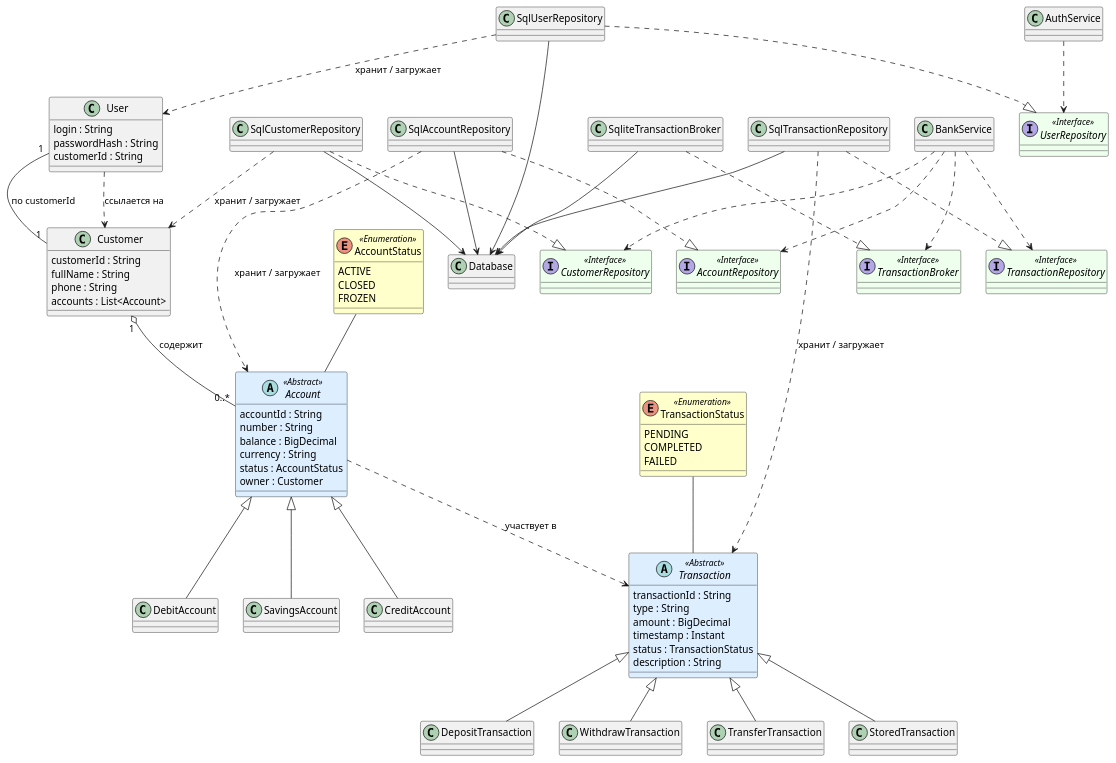
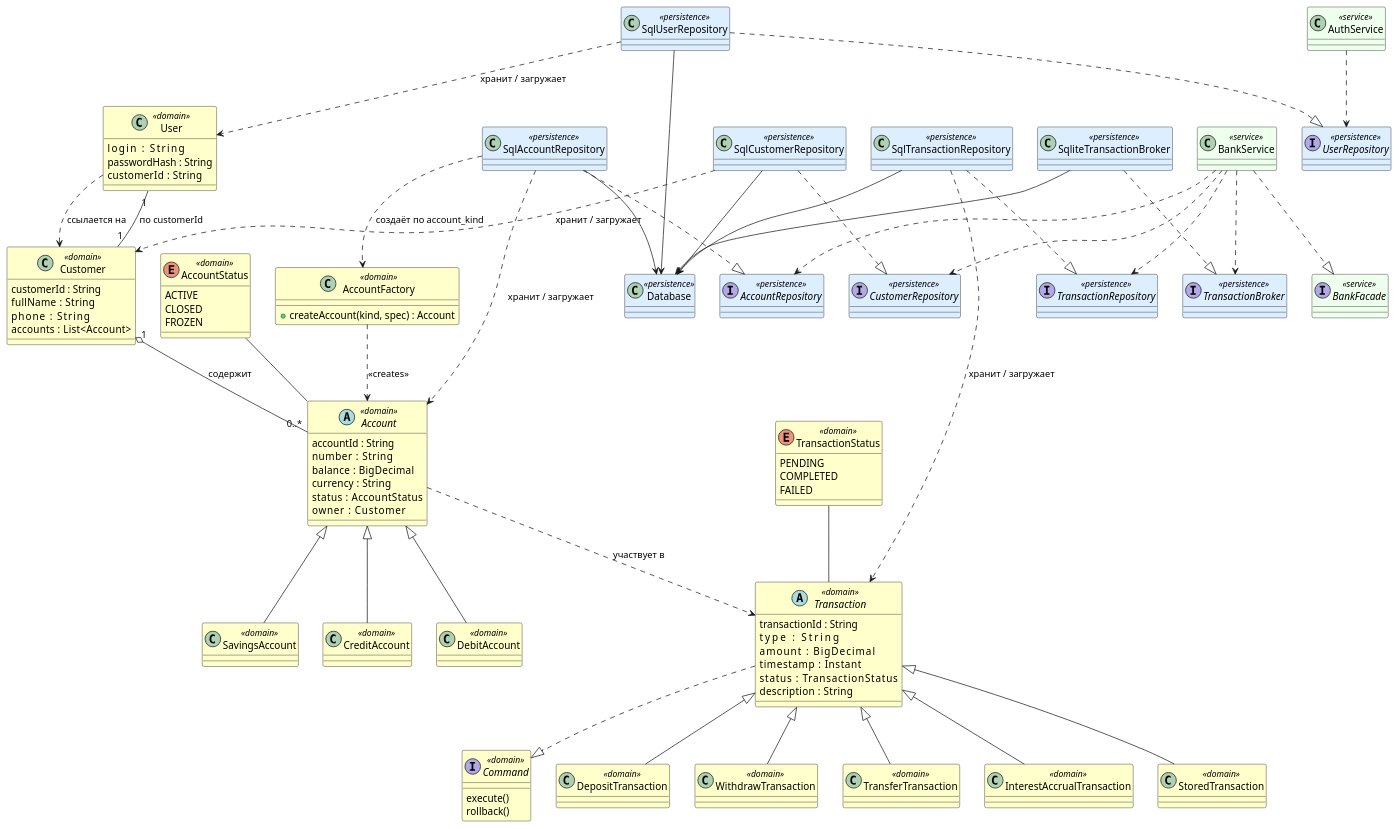
Before and after one commit to kmozgovoj11-rgb/bank_simulator: the diagram in uml/class_diagram.md, drawn with PlantUML.

```diff
--- a/uml/class_diagram.md
+++ b/uml/class_diagram.md
@@ -1,72 +1,81 @@
-@startuml BankSim_UML
-
+@startuml
 skinparam class {
-  BackgroundColor<<Enumeration>> #FFFFCC
-  BackgroundColor<<Abstract>> #DDEEFF
-  BackgroundColor<<Interface>> #EEFFEE
-  BorderColor Black
+    BackgroundColor<<domain>>      #FFFFCC
+    BackgroundColor<<persistence>> #DDEEFF
+    BackgroundColor<<service>>     #EEFFEE
+    BorderColor Black
 }
 
 ' --- домен (слева направо: пользователь — клиент — счета — транзакции) ---
-
-enum AccountStatus <<Enumeration>> {
-  ACTIVE
-  CLOSED
-  FROZEN
+enum AccountStatus <<domain>> {
+    ACTIVE
+    CLOSED
+    FROZEN
 }
 
-enum TransactionStatus <<Enumeration>> {
-  PENDING
-  COMPLETED
-  FAILED
+enum TransactionStatus <<domain>> {
+    PENDING
+    COMPLETED
+    FAILED
 }
 
-class Customer {
-  customerId : String
-  fullName : String
-  phone : String
-  accounts : List<Account>
+class Customer <<domain>> {
+    customerId : String
+    fullName   : String
+    phone      : String
+    accounts   : List<Account>
 }
 
-class User {
-  login : String
-  passwordHash : String
-  customerId : String
+class User <<domain>> {
+    login        : String
+    passwordHash : String
+    customerId   : String
 }
 
-abstract class Account <<Abstract>> {
-  accountId : String
-  number : String
-  balance : BigDecimal
-  currency : String
-  status : AccountStatus
-  owner : Customer
+abstract class Account <<domain>> {
+    accountId : String
+    number    : String
+    balance   : BigDecimal
+    currency  : String
+    status    : AccountStatus
+    owner     : Customer
 }
 
-class DebitAccount
-class SavingsAccount
-class CreditAccount
+class DebitAccount   <<domain>>
+class SavingsAccount <<domain>>
+class CreditAccount  <<domain>>
 
-abstract class Transaction <<Abstract>> {
-  transactionId : String
-  type : String
-  amount : BigDecimal
-  timestamp : Instant
-  status : TransactionStatus
-  description : String
+' --- Command pattern: Transaction знает execute()/rollback() ---
+interface Command <<domain>> {
+    execute()
+    rollback()
 }
 
-class DepositTransaction
-class WithdrawTransaction
-class TransferTransaction
-class StoredTransaction
+abstract class Transaction <<domain>> {
+    transactionId : String
+    type          : String
+    amount        : BigDecimal
+    timestamp     : Instant
+    status        : TransactionStatus
+    description   : String
+}
+
+class DepositTransaction         <<domain>>
+class WithdrawTransaction        <<domain>>
+class TransferTransaction        <<domain>>
+class InterestAccrualTransaction <<domain>>
+class StoredTransaction          <<domain>>
+
+' --- Factory Method: AccountFactory создаёт нужный подкласс Account ---
+class AccountFactory <<domain>> {
+    +createAccount(kind, spec) : Account
+}
 
 ' --- 1:1 User и Customer (один логин — один клиент) ---
 User "1" -- "1" Customer : по customerId
 
 Customer "1" o-- "0..*" Account : содержит
 AccountStatus -- Account
-
 User ..> Customer : ссылается на
 
 Account <|-- DebitAccount
@@ -76,53 +85,59 @@
 TransactionStatus -- Transaction
 Account ..> Transaction : участвует в
 
+Transaction ..|> Command
 Transaction <|-- DepositTransaction
 Transaction <|-- WithdrawTransaction
 Transaction <|-- TransferTransaction
+Transaction <|-- InterestAccrualTransaction
 Transaction <|-- StoredTransaction
 
+AccountFactory ..> Account : <<creates>>
+
 ' --- persistence: явная связь репозиторий → класс домена ---
+interface AccountRepository     <<persistence>>
+interface UserRepository        <<persistence>>
+interface CustomerRepository    <<persistence>>
+interface TransactionRepository <<persistence>>
+interface TransactionBroker     <<persistence>>
 
-interface AccountRepository <<Interface>>
-interface UserRepository <<Interface>>
-interface CustomerRepository <<Interface>>
-interface TransactionRepository <<Interface>>
-interface TransactionBroker <<Interface>>
+class SqlAccountRepository      <<persistence>>
+class SqlUserRepository         <<persistence>>
+class SqlCustomerRepository     <<persistence>>
+class SqlTransactionRepository  <<persistence>>
+class SqliteTransactionBroker   <<persistence>>
+class Database                  <<persistence>>
 
-class SqlAccountRepository
-class SqlUserRepository
-class SqlCustomerRepository
-class SqlTransactionRepository
-class SqliteTransactionBroker
-class Database
+SqlAccountRepository     ..|> AccountRepository
+SqlUserRepository        ..|> UserRepository
+SqlCustomerRepository    ..|> CustomerRepository
+SqlTransactionRepository ..|> TransactionRepository
+SqliteTransactionBroker  ..|> TransactionBroker
 
-SqlAccountRepository ..|> AccountRepository
-SqlUserRepository ..|> UserRepository
-SqlCustomerRepository ..|> CustomerRepository
-SqlTransactionRepository ..|> TransactionRepository
-SqliteTransactionBroker ..|> TransactionBroker
+SqlAccountRepository     --> Database
+SqlUserRepository        --> Database
+SqlCustomerRepository    --> Database
+SqlTransactionRepository --> Database
+SqliteTransactionBroker  --> Database
 
-SqlAccountRepository --> Database
-SqlUserRepository --> Database
-SqlCustomerRepository --> Database
-SqlTransactionRepository --> Database
-SqliteTransactionBroker --> Database
-
-SqlUserRepository ..> User : хранит / загружает
-SqlAccountRepository ..> Account : хранит / загружает
-SqlCustomerRepository ..> Customer : хранит / загружает
+SqlUserRepository        ..> User        : хранит / загружает
+SqlAccountRepository     ..> Account     : хранит / загружает
+SqlAccountRepository     ..> AccountFactory : создаёт по account_kind
+SqlCustomerRepository    ..> Customer    : хранит / загружает
 SqlTransactionRepository ..> Transaction : хранит / загружает
 
 ' --- сервисы ---
+' Facade pattern: BankFacade прячет работу с репозиториями и БД-транзакциями.
+interface BankFacade <<service>>
 
-class BankService
-class AuthService
+class BankService <<service>>
+class AuthService <<service>>
 
+BankService ..|> BankFacade
 BankService ..> AccountRepository
 BankService ..> CustomerRepository
 BankService ..> TransactionRepository
 BankService ..> TransactionBroker
 
 AuthService ..> UserRepository
-
 @enduml
```
